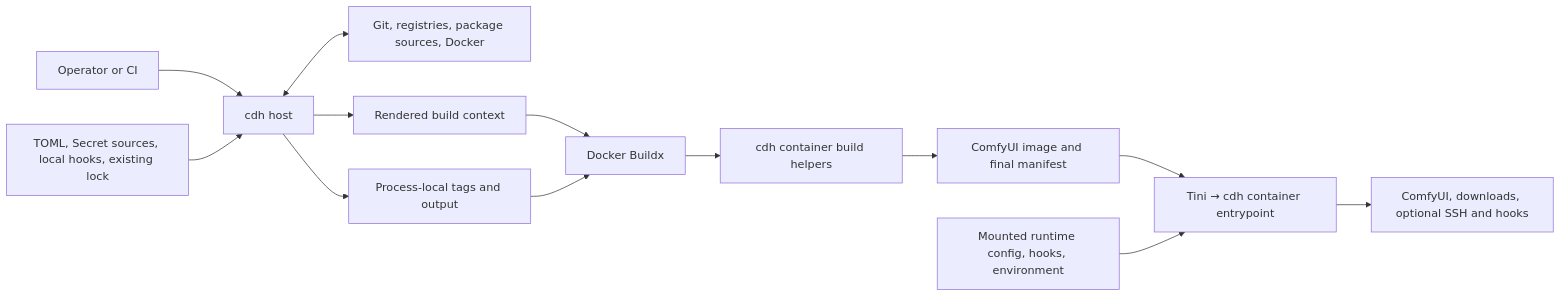
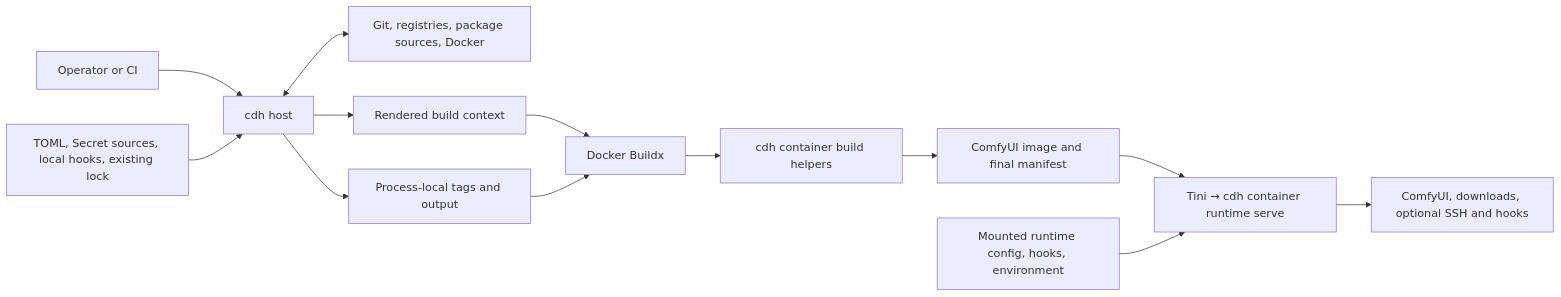
One commit to jimlee2048/comfyui-docker-helper changed the diagram in docs/dev/architecture.md. Above: the diagram before and after it, drawn with Mermaid. The commit also changed other lines of this file and 9 other files, not shown here.

Commit message:
refactor(container): move runtime bootstrap under runtime serve

````diff
--- a/docs/dev/architecture.md
+++ b/docs/dev/architecture.md
@@ -9,15 +9,15 @@
 ```mermaid
 flowchart LR
     Operator["Operator or CI"] --> Host["cdh host"]
     Inputs["TOML, Secret sources, local hooks, existing lock"] --> Host
     Host <--> Providers["Git, registries, package sources, Docker"]
     Host --> Context["Rendered build context"]
     Host --> Publication["Process-local tags and output"]
     Context --> Buildx["Docker Buildx"]
     Publication --> Buildx
     Buildx --> Helpers["cdh container build helpers"]
     Helpers --> Image["ComfyUI image and final manifest"]
-    Image --> Runtime["Tini → cdh container entrypoint"]
+    Image --> Runtime["Tini → cdh container runtime serve"]
     Deployment["Mounted runtime config, hooks, environment"] --> Runtime
     Runtime --> Services["ComfyUI, downloads, optional SSH and hooks"]
 ```
````
